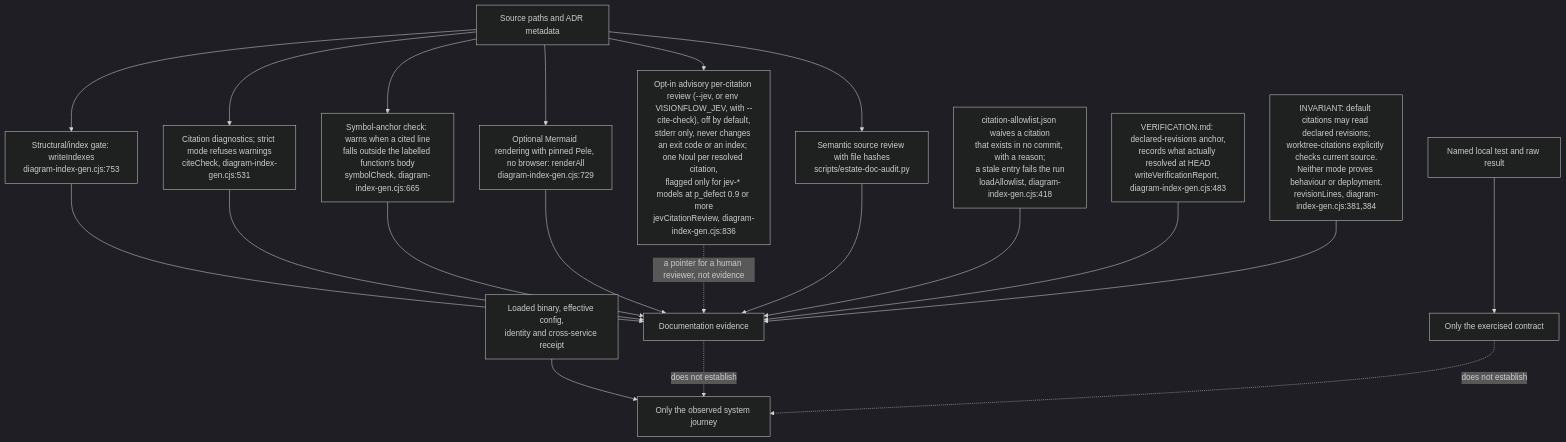
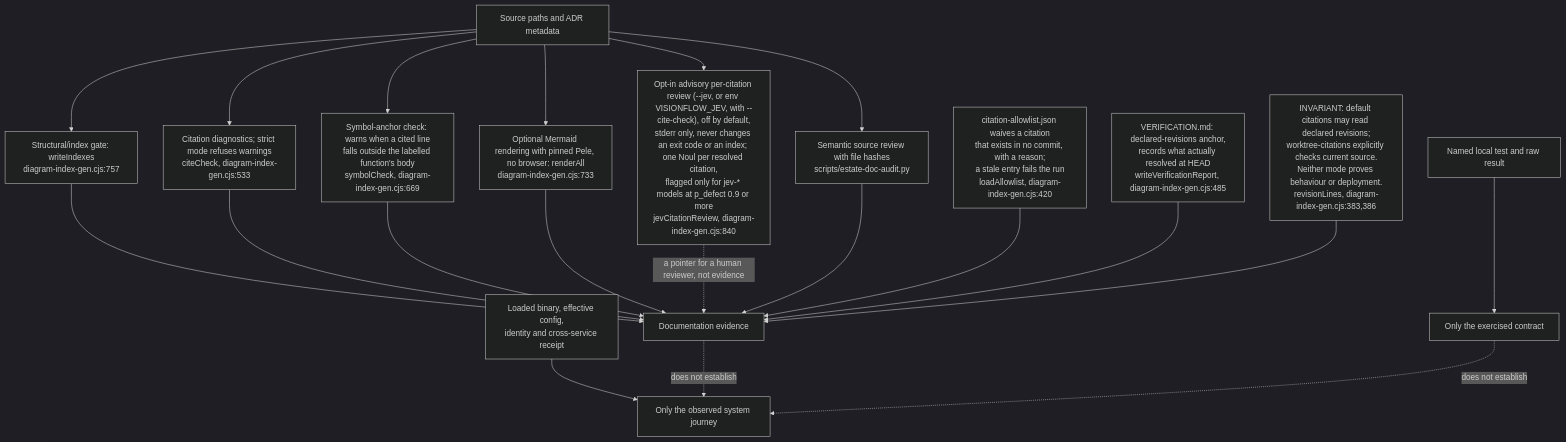
Before and after one commit to DreamLab-AI/VisionFlow: the fifth of 5 diagrams in docs/diagrams/estate/90-evidence-and-supporting-repositories.md, drawn with Mermaid (dark theme). The commit also changed other lines of this file and 5 other files, not shown here.

````diff
--- a/docs/diagrams/estate/90-evidence-and-supporting-repositories.md
+++ b/docs/diagrams/estate/90-evidence-and-supporting-repositories.md
@@ -110,22 +110,22 @@
 ```mermaid
 flowchart TB
-    F["Source paths and ADR metadata"] --> G["Structural/index gate: writeIndexes<br/>diagram-index-gen.cjs:753"]
-    F --> C["Citation diagnostics; strict mode refuses warnings<br/>citeCheck, diagram-index-gen.cjs:531"]
-    F --> SYM["Symbol-anchor check: warns when a cited line<br/>falls outside the labelled function's body<br/>symbolCheck, diagram-index-gen.cjs:665"]
-    F --> JEV["Opt-in advisory per-citation review (--jev, or env VISIONFLOW_JEV, with --cite-check), off by default,<br/>stderr only, never changes an exit code or an index; one Noul per resolved citation,<br/>flagged only for jev-* models at p_defect 0.9 or more<br/>jevCitationReview, diagram-index-gen.cjs:836"]
-    F --> R["Optional Mermaid rendering with pinned Pele, no browser: renderAll<br/>diagram-index-gen.cjs:729"]
+    F["Source paths and ADR metadata"] --> G["Structural/index gate: writeIndexes<br/>diagram-index-gen.cjs:757"]
+    F --> C["Citation diagnostics; strict mode refuses warnings<br/>citeCheck, diagram-index-gen.cjs:533"]
+    F --> SYM["Symbol-anchor check: warns when a cited line<br/>falls outside the labelled function's body<br/>symbolCheck, diagram-index-gen.cjs:669"]
+    F --> JEV["Opt-in advisory per-citation review (--jev, or env VISIONFLOW_JEV, with --cite-check), off by default,<br/>stderr only, never changes an exit code or an index; one Noul per resolved citation,<br/>flagged only for jev-* models at p_defect 0.9 or more<br/>jevCitationReview, diagram-index-gen.cjs:840"]
+    F --> R["Optional Mermaid rendering with pinned Pele, no browser: renderAll<br/>diagram-index-gen.cjs:733"]
     F --> S["Semantic source review with file hashes<br/>scripts/estate-doc-audit.py"]
     G --> DOC["Documentation evidence"]
     C --> DOC
     SYM --> DOC
     R --> DOC
     JEV -.->|"a pointer for a human reviewer, not evidence"| DOC
     S --> DOC
-    ALLOW["citation-allowlist.json waives a citation<br/>that exists in no commit, with a reason;<br/>a stale entry fails the run<br/>loadAllowlist, diagram-index-gen.cjs:418"] --> DOC
-    VER["VERIFICATION.md: declared-revisions anchor,<br/>records what actually resolved at HEAD<br/>writeVerificationReport, diagram-index-gen.cjs:483"] --> DOC
+    ALLOW["citation-allowlist.json waives a citation<br/>that exists in no commit, with a reason;<br/>a stale entry fails the run<br/>loadAllowlist, diagram-index-gen.cjs:420"] --> DOC
+    VER["VERIFICATION.md: declared-revisions anchor,<br/>records what actually resolved at HEAD<br/>writeVerificationReport, diagram-index-gen.cjs:485"] --> DOC
     TEST["Named local test and raw result"] --> LOCAL["Only the exercised contract"]
     RUN["Loaded binary, effective config,<br/>identity and cross-service receipt"] --> ACCEPT["Only the observed system journey"]
     DOC -.->|"does not establish"| ACCEPT
     LOCAL -.->|"does not establish"| ACCEPT
-    NOTE["INVARIANT: default citations may read declared revisions;<br/>worktree-citations explicitly checks current source.<br/>Neither mode proves behaviour or deployment.<br/>revisionLines, diagram-index-gen.cjs:381,384"] --> DOC
+    NOTE["INVARIANT: default citations may read declared revisions;<br/>worktree-citations explicitly checks current source.<br/>Neither mode proves behaviour or deployment.<br/>revisionLines, diagram-index-gen.cjs:383,386"] --> DOC
 ```
````
